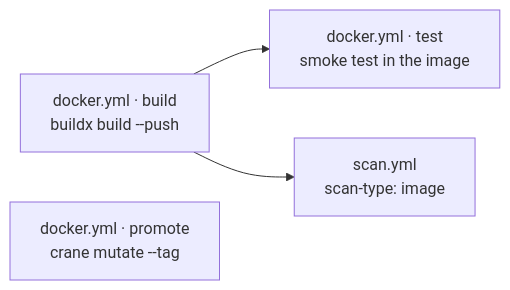
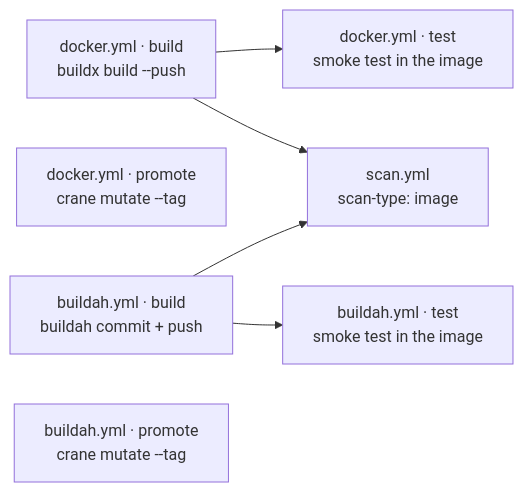
Before and after one commit to grootan-devops/github-ci-library: the diagram in docs/modules/image.md, drawn with Mermaid. The commit also changed other lines of this file and 6 other files, not shown here.

First line of the commit message:
feat(release): 1.6.0 buildah image smoke test (#14)

````diff
--- a/docs/modules/image.md
+++ b/docs/modules/image.md
@@ -6,7 +6,11 @@
 ```mermaid
 flowchart LR
     IB["docker.yml · build<br/>buildx build --push"]
     IB --> IT["docker.yml · test<br/>smoke test in the image"]
     IB --> IS["scan.yml<br/>scan-type: image"]
     IP["docker.yml · promote<br/>crane mutate --tag"]
+    BB["buildah.yml · build<br/>buildah commit + push"]
+    BB --> BT["buildah.yml · test<br/>smoke test in the image"]
+    BB --> IS
+    BP["buildah.yml · promote<br/>crane mutate --tag"]
 ```
````
